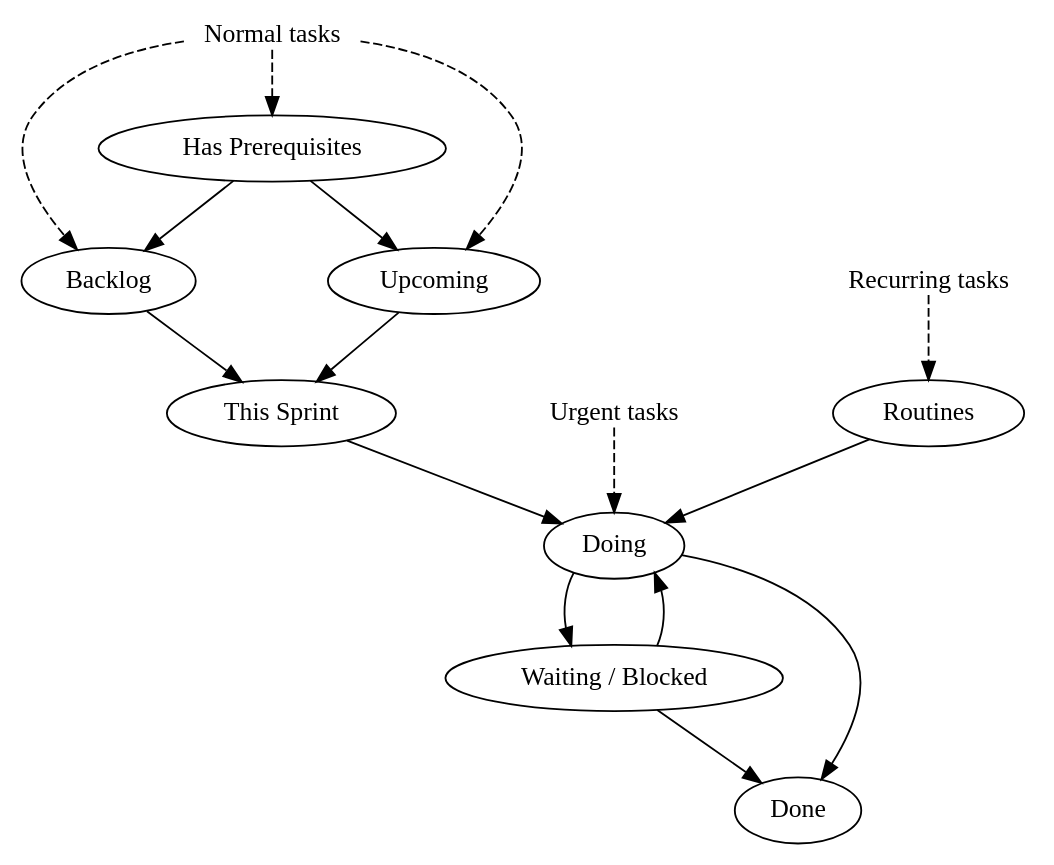
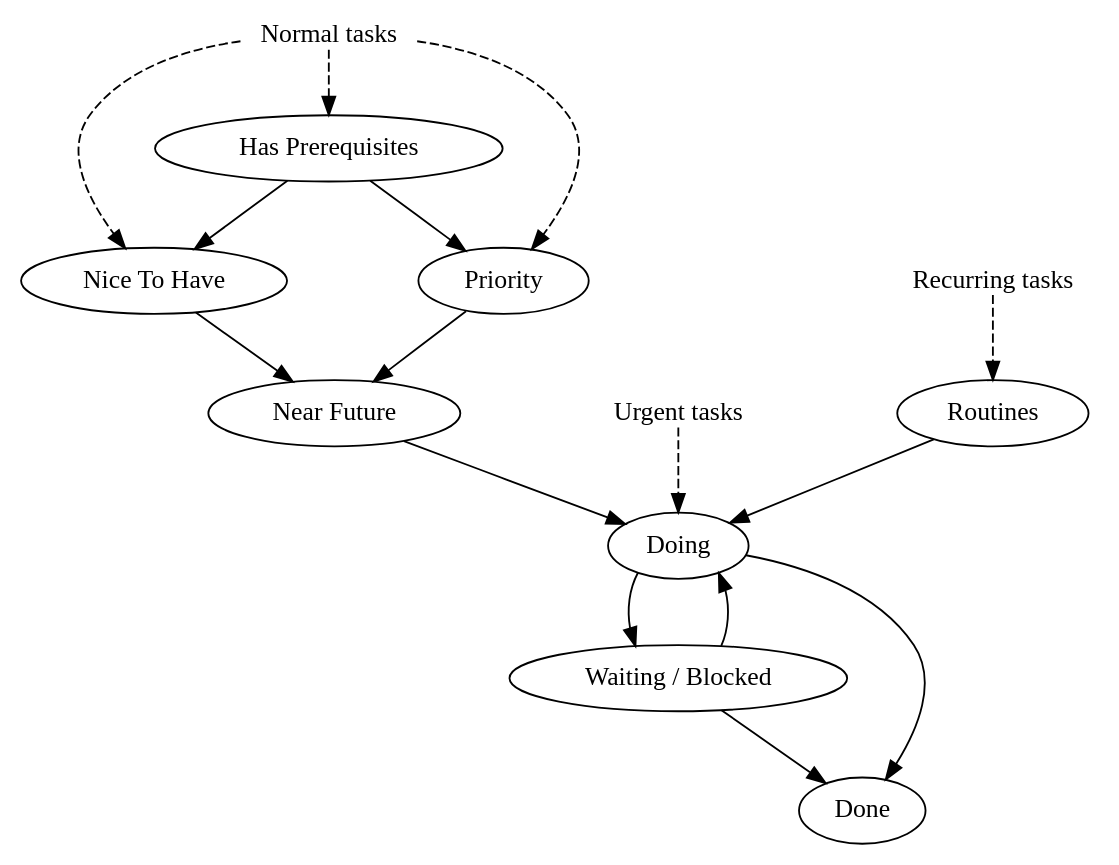
Before and after one commit to barrucadu/memo.barrucadu.co.uk: the diagram in memos/self-organisation.markdown, drawn with Graphviz. The commit also changed other lines of this file and 1 other file, not shown here.

````diff
--- a/memos/self-organisation.markdown
+++ b/memos/self-organisation.markdown
@@ -88,35 +73,35 @@
 ```graphviz
 digraph {
   nodesep=1;
 
   "Normal tasks"    [shape=plain,style=dashed]
   "Urgent tasks"    [shape=plain,style=dashed]
   "Recurring tasks" [shape=plain,style=dashed]
 
   "Routines"
   "Has Prerequisites"
-  "Backlog"
-  "Upcoming"
-  "This Sprint"
+  "Nice To Have"
+  "Priority"
+  "Near Future"
   "Doing"
   "Waiting / Blocked"
   "Done"
 
   "Normal tasks"    -> "Has Prerequisites" [style=dashed];
-  "Normal tasks"    -> "Backlog"           [style=dashed];
-  "Normal tasks"    -> "Upcoming"          [style=dashed];
+  "Normal tasks"    -> "Nice To Have"      [style=dashed];
+  "Normal tasks"    -> "Priority"          [style=dashed];
   "Urgent tasks"    -> "Doing"             [style=dashed];
   "Recurring tasks" -> "Routines"          [style=dashed];
 
   "Routines"          -> "Doing"
-  "Has Prerequisites" -> "Backlog"
-  "Has Prerequisites" -> "Upcoming"
-  "Backlog"           -> "This Sprint"
-  "Upcoming"          -> "This Sprint"
-  "This Sprint"       -> "Doing"
+  "Has Prerequisites" -> "Nice To Have"
+  "Has Prerequisites" -> "Priority"
+  "Nice To Have"      -> "Near Future"
+  "Priority"          -> "Near Future"
+  "Near Future"       -> "Doing"
   "Doing"             -> "Waiting / Blocked"
   "Doing"             -> "Done"
   "Waiting / Blocked" -> "Doing"
   "Waiting / Blocked" -> "Done"
 }
 ```
````
